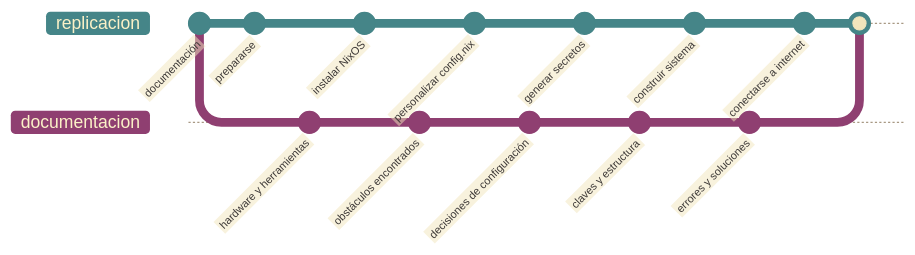
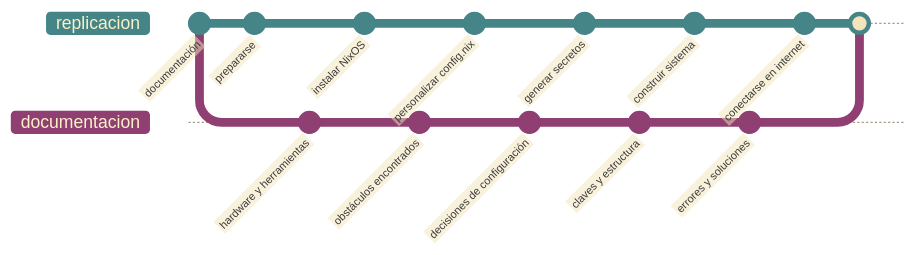
Before and after one commit to alfabeto-digital/conspiratorios_populares_de_las_soberanias: the diagram in base_de_conocimientos/midu/replicación.md, drawn with Mermaid. The commit also changed other lines of this file and 25 other files, not shown here.

````diff
--- a/base_de_conocimientos/midu/replicación.md
+++ b/base_de_conocimientos/midu/replicación.md
@@ -84,29 +84,29 @@
 ```mermaid
 %%{init: {'theme': 'base', 'gitGraph': {'mainBranchName': 'replicacion'}, 'themeVariables': {'background': '#fbf1c7', 'primaryColor': '#f2e5bc', 'primaryBorderColor': '#3c3836', 'primaryTextColor': '#3c3836', 'lineColor': '#a89984', 'git0': '#458588', 'git1': '#8f3f71', 'git2': '#427b58', 'git3': '#b57614', 'git4': '#cc241d', 'git5': '#b57614', 'git6': '#d65d0e', 'git7': '#cc241d', 'gitBranchLabel0': '#fbf1c7', 'gitBranchLabel1': '#fbf1c7', 'gitBranchLabel2': '#fbf1c7', 'gitBranchLabel3': '#fbf1c7', 'gitBranchLabel4': '#fbf1c7', 'gitBranchLabel5': '#fbf1c7', 'gitBranchLabel6': '#fbf1c7', 'gitBranchLabel7': '#fbf1c7', 'gitInv0': '#fbf1c7', 'gitInv1': '#fbf1c7', 'gitInv2': '#fbf1c7', 'gitInv3': '#fbf1c7', 'gitInv4': '#fbf1c7', 'gitInv5': '#fbf1c7', 'gitInv6': '#fbf1c7', 'gitInv7': '#fbf1c7', 'commitLabelBackground': '#f2e5bc', 'commitLabelColor': '#3c3836'}}}%%
 gitGraph
   commit id: "documentación"
   branch documentacion
   checkout replicacion
   commit id: "prepararse"
   checkout documentacion
   commit id: "hardware y herramientas"
   checkout replicacion
   commit id: "instalar NixOS"
   checkout documentacion
   commit id: "obstáculos encontrados"
   checkout replicacion
   commit id: "personalizar config.nix"
   checkout documentacion
   commit id: "decisiones de configuración"
   checkout replicacion
   commit id: "generar secretos"
   checkout documentacion
   commit id: "claves y estructura"
   checkout replicacion
   commit id: "construir sistema"
   checkout documentacion
   commit id: "errores y soluciones"
   checkout replicacion
-  commit id: "conectarse a internet"
+  commit id: "conectarse en internet"
   merge documentacion
 ```
````
